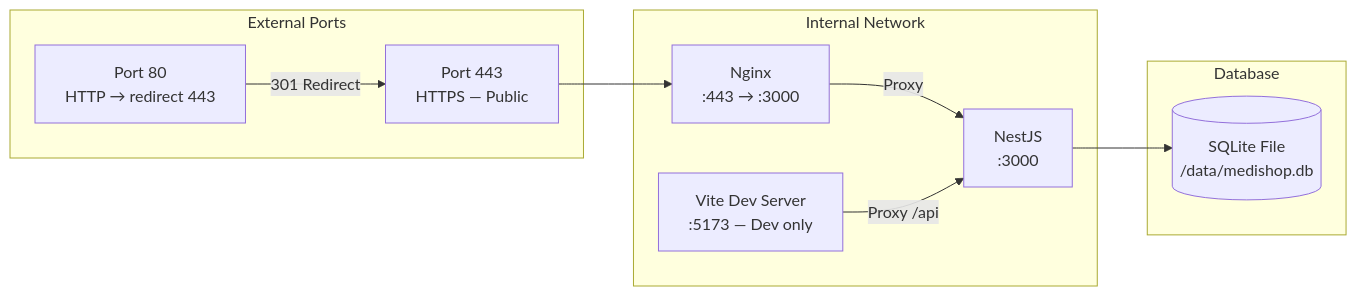
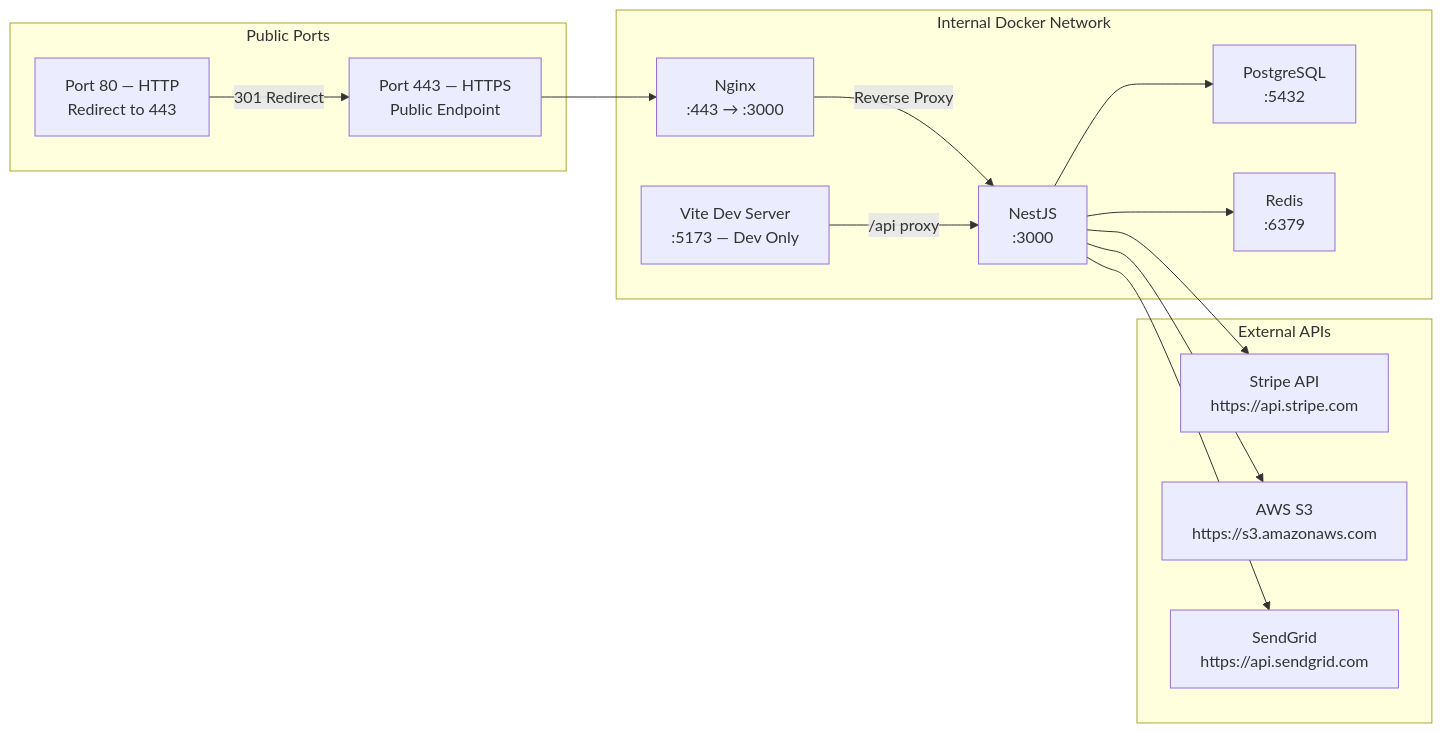
The third of 6 diagrams in diagrams/06_deployment_diagram.md (tayeb736/prohect12), drawn with Mermaid before and after one commit. The commit also changed other lines of this file and 7 other files, not shown here.

Commit message:
docs: update all UML diagrams — add PostgreSQL, Redis, S3, Stripe, SendGrid, KYC, Swagger per readme2 & README3

````diff
--- a/diagrams/06_deployment_diagram.md
+++ b/diagrams/06_deployment_diagram.md
@@ -97,23 +111,31 @@
 ```mermaid
 graph LR
-  subgraph "External Ports"
-    P80[Port 80\nHTTP → redirect 443]
-    P443[Port 443\nHTTPS — Public]
+  subgraph "Public Ports"
+    P80[Port 80 — HTTP\nRedirect to 443]
+    P443[Port 443 — HTTPS\nPublic Endpoint]
   end
 
-  subgraph "Internal Network"
-    NGINX_INT[Nginx\n:443 → :3000]
-    NEST_INT[NestJS\n:3000]
-    VITE_INT[Vite Dev Server\n:5173 — Dev only]
+  subgraph "Internal Docker Network"
+    NGINX_SVC[Nginx\n:443 → :3000]
+    NEST_SVC[NestJS\n:3000]
+    PG_SVC[PostgreSQL\n:5432]
+    REDIS_SVC[Redis\n:6379]
+    VITE_SVC[Vite Dev Server\n:5173 — Dev Only]
   end
 
-  subgraph "Database"
-    SQLITE_FILE[(SQLite File\n/data/medishop.db)]
+  subgraph "External APIs"
+    STRIPE_API[Stripe API\nhttps://api.stripe.com]
+    S3_API[AWS S3\nhttps://s3.amazonaws.com]
+    MAIL_API[SendGrid\nhttps://api.sendgrid.com]
   end
 
   P80 -->|301 Redirect| P443
-  P443 --> NGINX_INT
-  NGINX_INT -->|Proxy| NEST_INT
-  NEST_INT --> SQLITE_FILE
-  VITE_INT -->|Proxy /api| NEST_INT
+  P443 --> NGINX_SVC
+  NGINX_SVC -->|Reverse Proxy| NEST_SVC
+  NEST_SVC --> PG_SVC
+  NEST_SVC --> REDIS_SVC
+  VITE_SVC -->|/api proxy| NEST_SVC
+  NEST_SVC --> STRIPE_API
+  NEST_SVC --> S3_API
+  NEST_SVC --> MAIL_API
 ```
````
